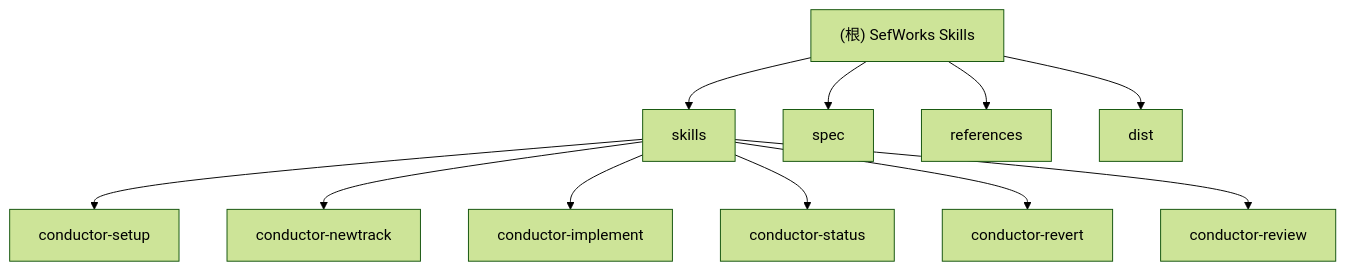
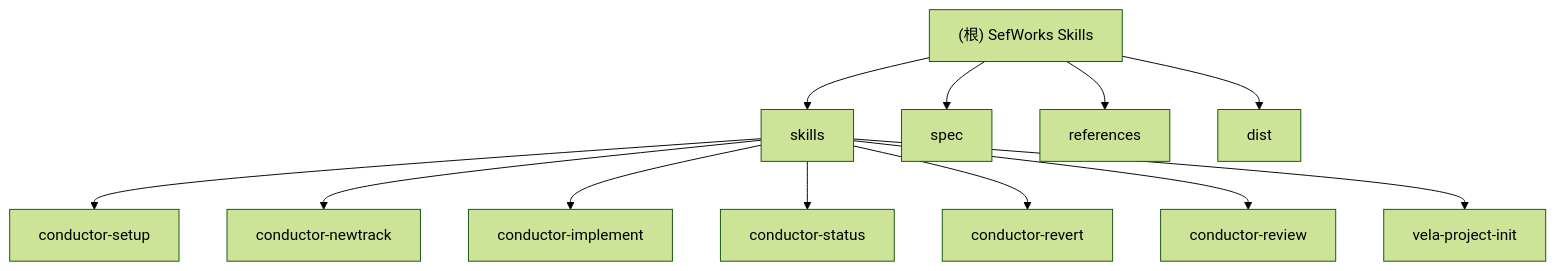
One commit to airclear/skills changed the diagram in CLAUDE.md. Above: the diagram before and after it, drawn with Mermaid (forest theme). The commit also changed other lines of this file and 18 other files, not shown here.

First line of the commit message:
feat(vela-project-init): 添加 vela-project-init skill 及说明文档更新

````diff
--- a/CLAUDE.md
+++ b/CLAUDE.md
@@ -39,21 +40,23 @@
 ```mermaid
 graph TD
     A["(根) SefWorks Skills"] --> B["skills"];
     B --> C["conductor-setup"];
     B --> D["conductor-newtrack"];
     B --> E["conductor-implement"];
     B --> F["conductor-status"];
     B --> G["conductor-revert"];
     B --> H["conductor-review"];
+    B --> I["vela-project-init"];
 
-    A --> I["spec"];
-    A --> J["references"];
-    A --> K["dist"];
+    A --> J["spec"];
+    A --> K["references"];
+    A --> L["dist"];
 
     click C "./skills/conductor-setup/CLAUDE.md" "查看 conductor-setup 模块文档"
     click D "./skills/conductor-newtrack/CLAUDE.md" "查看 conductor-newtrack 模块文档"
     click E "./skills/conductor-implement/CLAUDE.md" "查看 conductor-implement 模块文档"
     click F "./skills/conductor-status/CLAUDE.md" "查看 conductor-status 模块文档"
     click G "./skills/conductor-revert/CLAUDE.md" "查看 conductor-revert 模块文档"
     click H "./skills/conductor-review/CLAUDE.md" "查看 conductor-review 模块文档"
+    click I "./skills/vela-project-init/SKILL.md" "查看 vela-project-init 模块文档"
 ```
````
